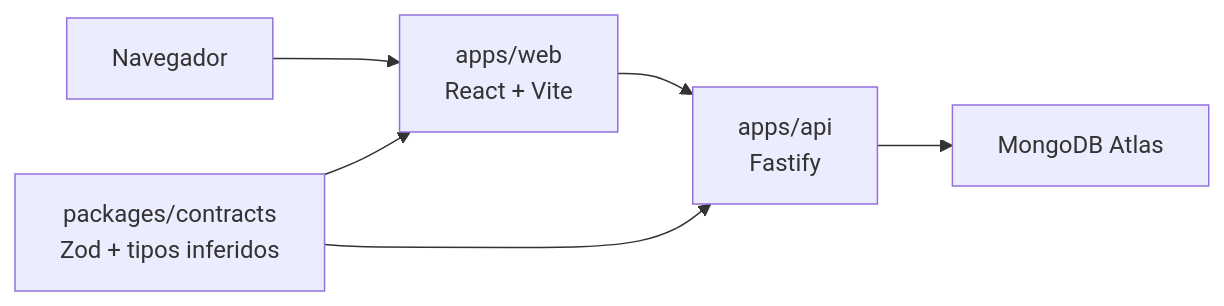
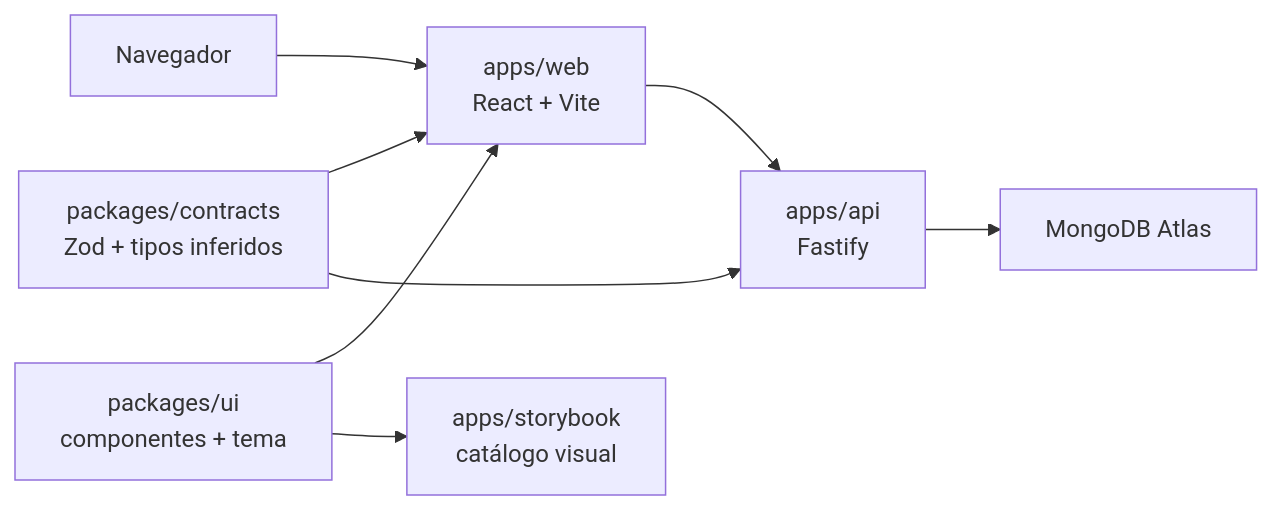
The first of 2 diagrams in context/SDD.md (Joseafs/credit-decision-hub), drawn with Mermaid before and after one commit. The commit also changed other lines of this file and 38 other files, not shown here.

````diff
--- a/context/SDD.md
+++ b/context/SDD.md
@@ -49,8 +50,10 @@
 ```mermaid
 flowchart LR
   Browser["Navegador"] --> Web["apps/web<br/>React + Vite"]
   Web --> Api["apps/api<br/>Fastify"]
   Api --> Mongo["MongoDB Atlas"]
   Contracts["packages/contracts<br/>Zod + tipos inferidos"] --> Web
   Contracts --> Api
+  Ui["packages/ui<br/>componentes + tema"] --> Web
+  Ui --> Storybook["apps/storybook<br/>catálogo visual"]
 ```
````
